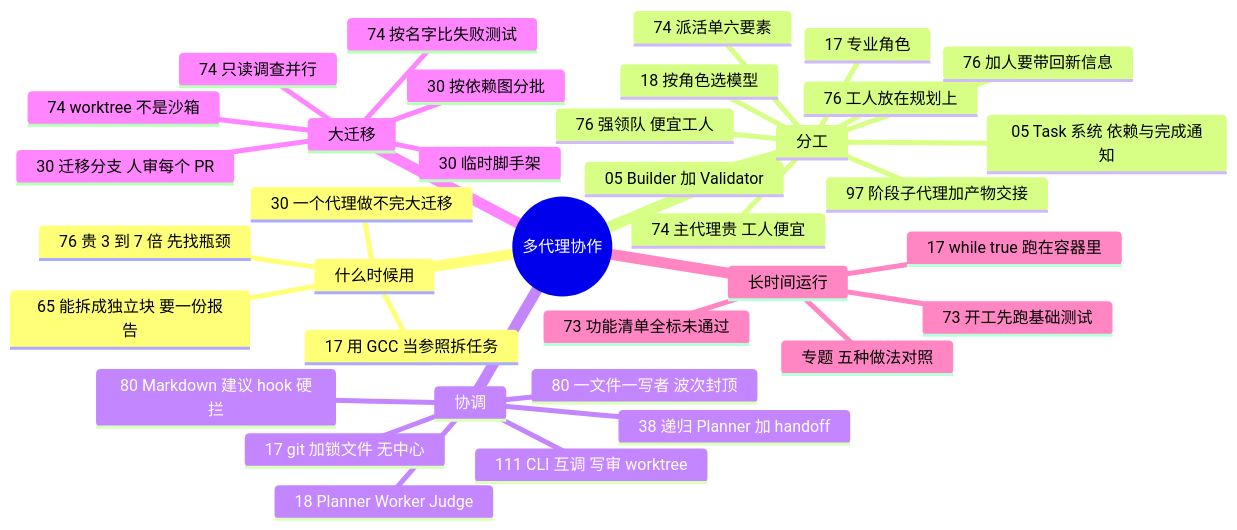
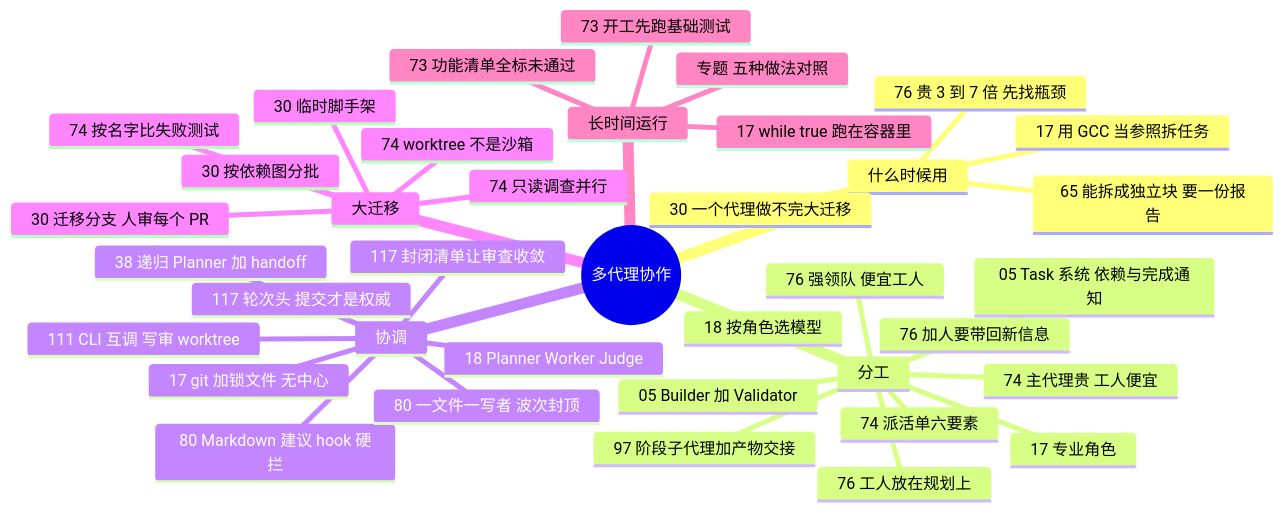
Before and after one commit to yzw7489757/ai-coding-videos: the diagram in docs/guide/multi.md, drawn with Mermaid. The commit also changed other lines of this file and 17 other files, not shown here.

````diff
--- a/docs/guide/multi.md
+++ b/docs/guide/multi.md
@@ -15,39 +15,41 @@
 ```mermaid
 mindmap
   root((多代理协作))
     什么时候用
       65 能拆成独立块 要一份报告
       17 用 GCC 当参照拆任务
       30 一个代理做不完大迁移
       76 贵 3 到 7 倍 先找瓶颈
     分工
       97 阶段子代理加产物交接
       05 Builder 加 Validator
       05 Task 系统 依赖与完成通知
       17 专业角色
       18 按角色选模型
       74 主代理贵 工人便宜
       74 派活单六要素
       76 工人放在规划上
       76 强领队 便宜工人
       76 加人要带回新信息
     协调
       17 git 加锁文件 无中心
       18 Planner Worker Judge
       38 递归 Planner 加 handoff
       80 Markdown 建议 hook 硬拦
       80 一文件一写者 波次封顶
       111 CLI 互调 写审 worktree
+      117 轮次头 提交才是权威
+      117 封闭清单让审查收敛
     大迁移
       30 迁移分支 人审每个 PR
       30 按依赖图分批
       30 临时脚手架
       74 按名字比失败测试
       74 只读调查并行
       74 worktree 不是沙箱
     长时间运行
       17 while true 跑在容器里
       73 功能清单全标未通过
       73 开工先跑基础测试
       专题 五种做法对照
 ```
````
